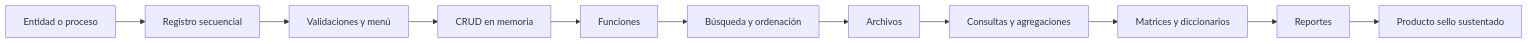
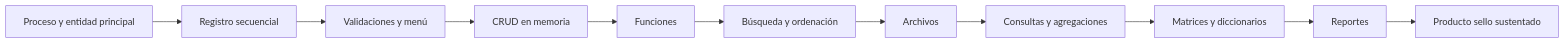
The diagram in docs/proyecto-sello/index.md (262fp/market-cli), drawn with Mermaid before and after one commit. The commit also changed other lines of this file and 2 other files, not shown here.

````diff
--- a/docs/proyecto-sello/index.md
+++ b/docs/proyecto-sello/index.md
@@ -135,13 +294,13 @@
 ```mermaid
 flowchart LR
-    A[Entidad o proceso] --> B[Registro secuencial]
+    A[Proceso y entidad principal] --> B[Registro secuencial]
     B --> C[Validaciones y menú]
     C --> D[CRUD en memoria]
     D --> E[Funciones]
     E --> F[Búsqueda y ordenación]
     F --> G[Archivos]
     G --> H[Consultas y agregaciones]
     H --> I[Matrices y diccionarios]
     I --> J[Reportes]
     J --> K[Producto sello sustentado]
 ```
````
